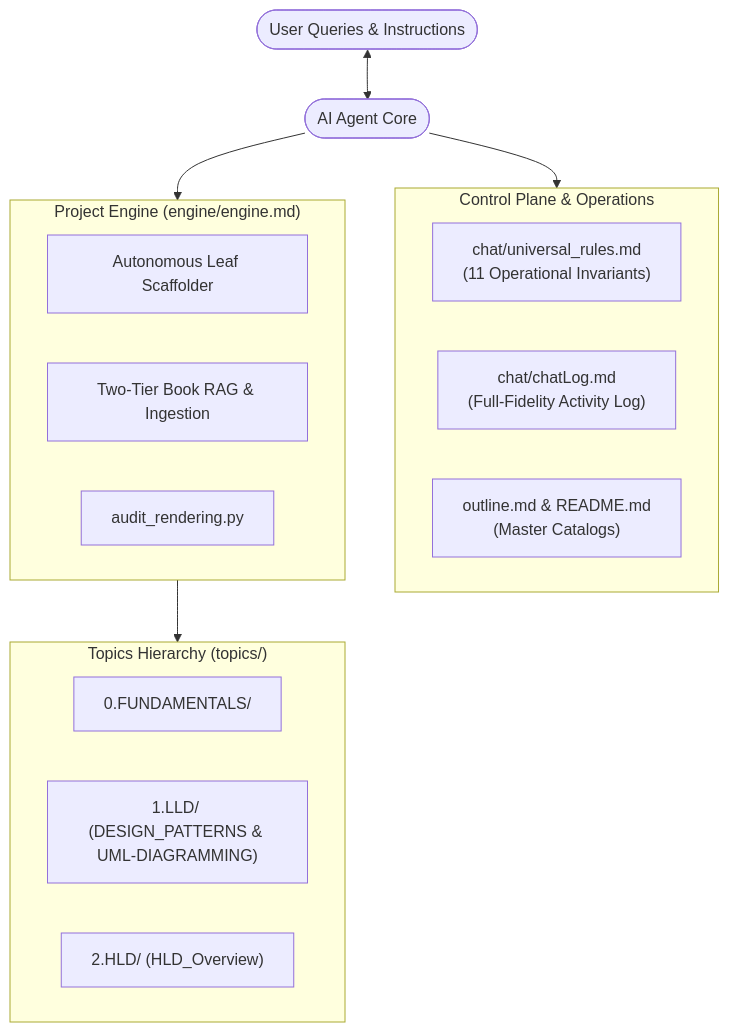
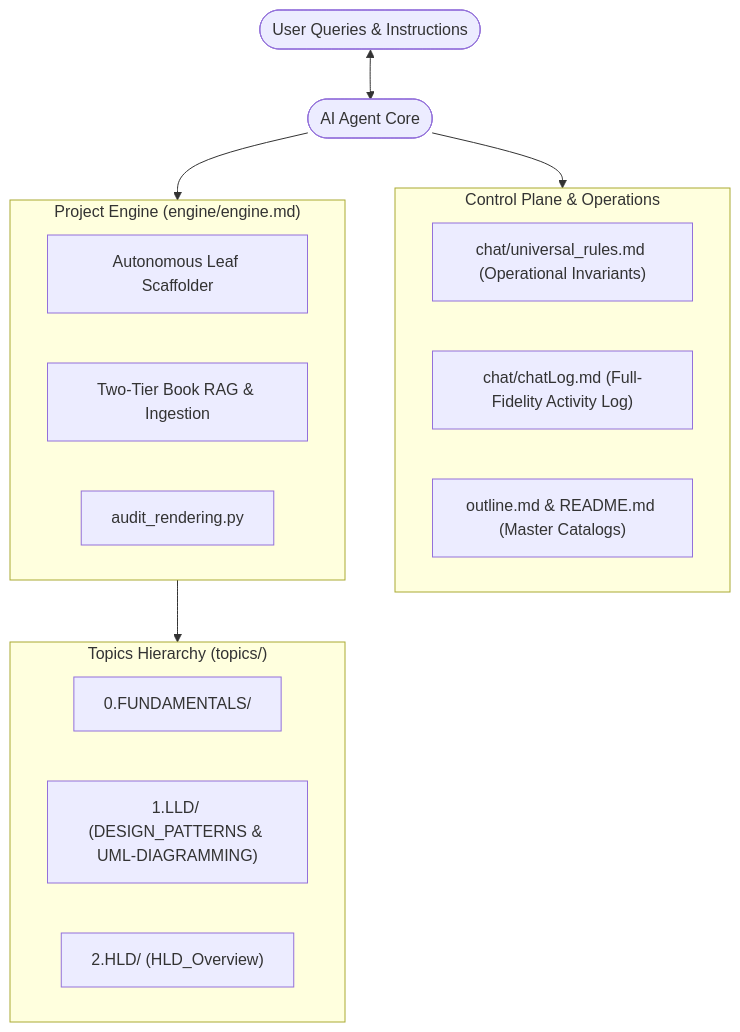
Before and after one commit to AkmKawser/System-Design: the diagram in README.md, drawn with Mermaid. The commit also changed 3 other files, not shown here.

Commit message:
fix(audit): correct auditor root path resolution to repo root and fix Mermaid syntax violations

````diff
--- a/README.md
+++ b/README.md
@@ -17,26 +17,26 @@
 ```mermaid
 flowchart TD
     User(["User Queries & Instructions"]) <--> Agent(["AI Agent Core"])
     
     subgraph Control_Plane ["Control Plane & Operations"]
-        Rules["chat/universal_rules.md<br/>(11 Operational Invariants)"]
-        ChatLog["chat/chatLog.md<br/>(Full-Fidelity Activity Log)"]
-        Nav["outline.md & README.md<br/>(Master Catalogs)"]
+        Rules["chat/universal_rules.md (Operational Invariants)"]
+        ChatLog["chat/chatLog.md (Full-Fidelity Activity Log)"]
+        Nav["outline.md & README.md (Master Catalogs)"]
     end
     
     subgraph Execution_Engine ["Project Engine (engine/engine.md)"]
         Scaffold["Autonomous Leaf Scaffolder"]
         Ingestion["Two-Tier Book RAG & Ingestion"]
         Auditor["audit_rendering.py"]
     end
     
     subgraph Knowledge_Domain ["Topics Hierarchy (topics/)"]
         Fundamentals["0.FUNDAMENTALS/"]
         LLD["1.LLD/ (DESIGN_PATTERNS & UML-DIAGRAMMING)"]
         HLD["2.HLD/ (HLD_Overview)"]
     end
 
     Agent --> Control_Plane
     Agent --> Execution_Engine
     Execution_Engine --> Knowledge_Domain
 ```
````
